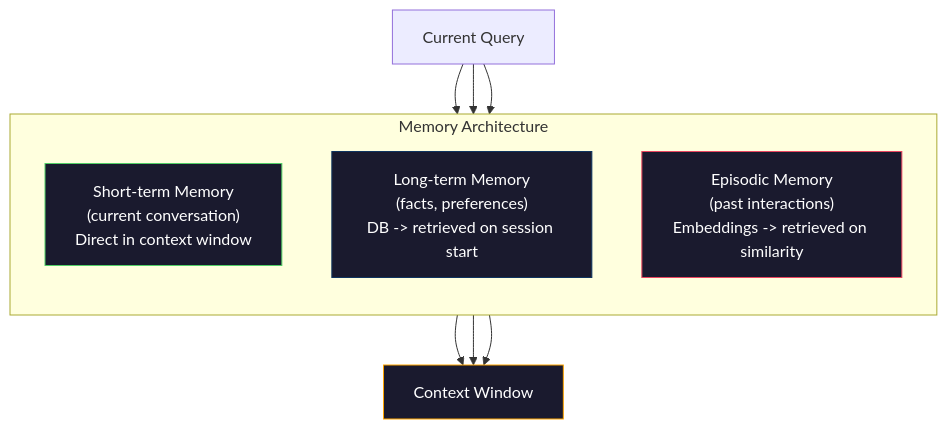
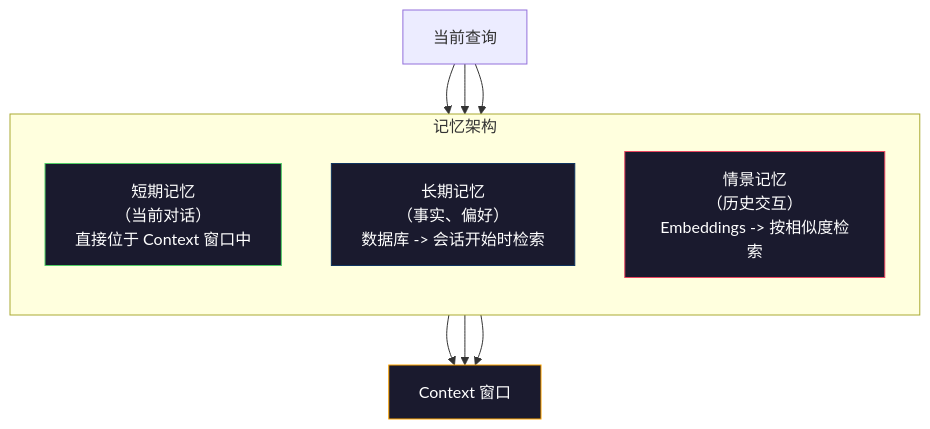
One commit to cluster1900/ai-engineering-from-scratch-zh changed the third of 3 diagrams in phases/11-llm-engineering/05-context-engineering/docs/en.md. Above: the diagram before and after it, drawn with Mermaid. The commit also changed other lines of this file and 1 other file, not shown here.

````diff
--- a/phases/11-llm-engineering/05-context-engineering/docs/en.md
+++ b/phases/11-llm-engineering/05-context-engineering/docs/en.md
@@ -124,22 +124,22 @@
 ```mermaid
 graph TD
-    subgraph Memory["Memory Architecture"]
+    subgraph Memory["记忆架构"]
         direction TB
-        STM["Short-term Memory\n(current conversation)\nDirect in context window"]
-        LTM["Long-term Memory\n(facts, preferences)\nDB -> retrieved on session start"]
-        EM["Episodic Memory\n(past interactions)\nEmbeddings -> retrieved on similarity"]
+        STM["短期记忆\n（当前对话）\n直接位于 Context 窗口中"]
+        LTM["长期记忆\n（事实、偏好）\n数据库 -> 会话开始时检索"]
+        EM["情景记忆\n（历史交互）\nEmbeddings -> 按相似度检索"]
     end
 
-    Q["Current Query"] --> STM
+    Q["当前查询"] --> STM
     Q --> LTM
     Q --> EM
 
-    STM --> CW["Context Window"]
+    STM --> CW["Context 窗口"]
     LTM --> CW
     EM --> CW
 
     style STM fill:#1a1a2e,stroke:#51cf66,color:#fff
     style LTM fill:#1a1a2e,stroke:#0f3460,color:#fff
     style EM fill:#1a1a2e,stroke:#e94560,color:#fff
     style CW fill:#1a1a2e,stroke:#ffa500,color:#fff
 ```
````
